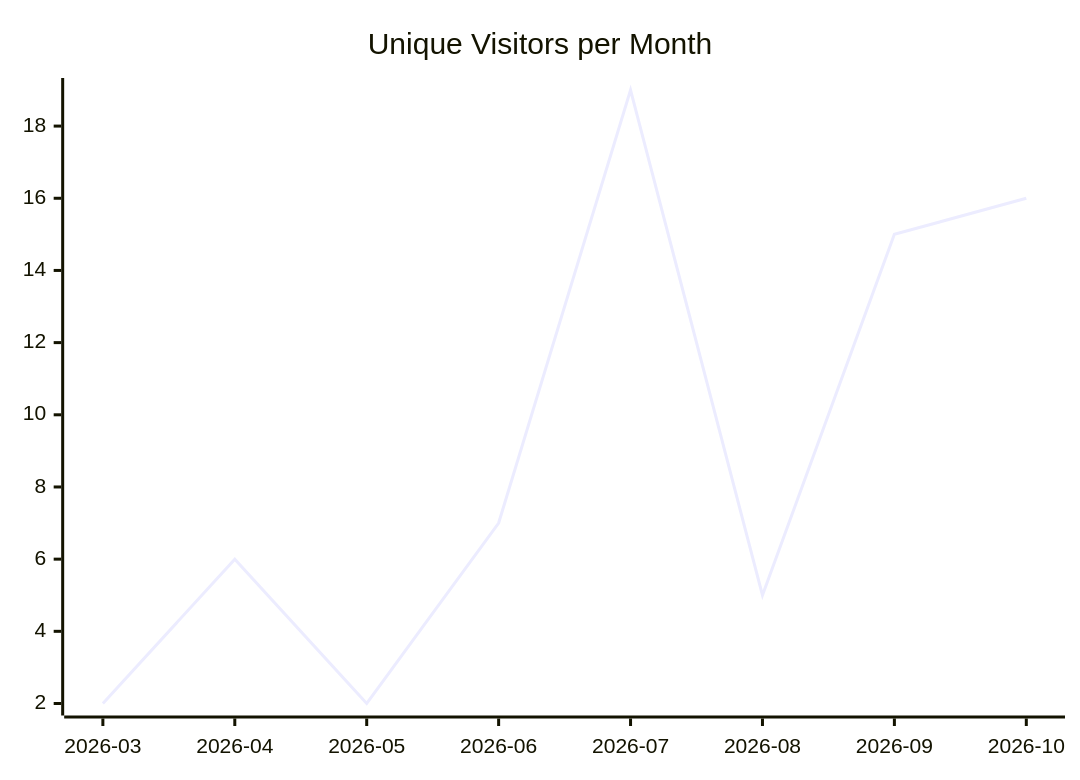
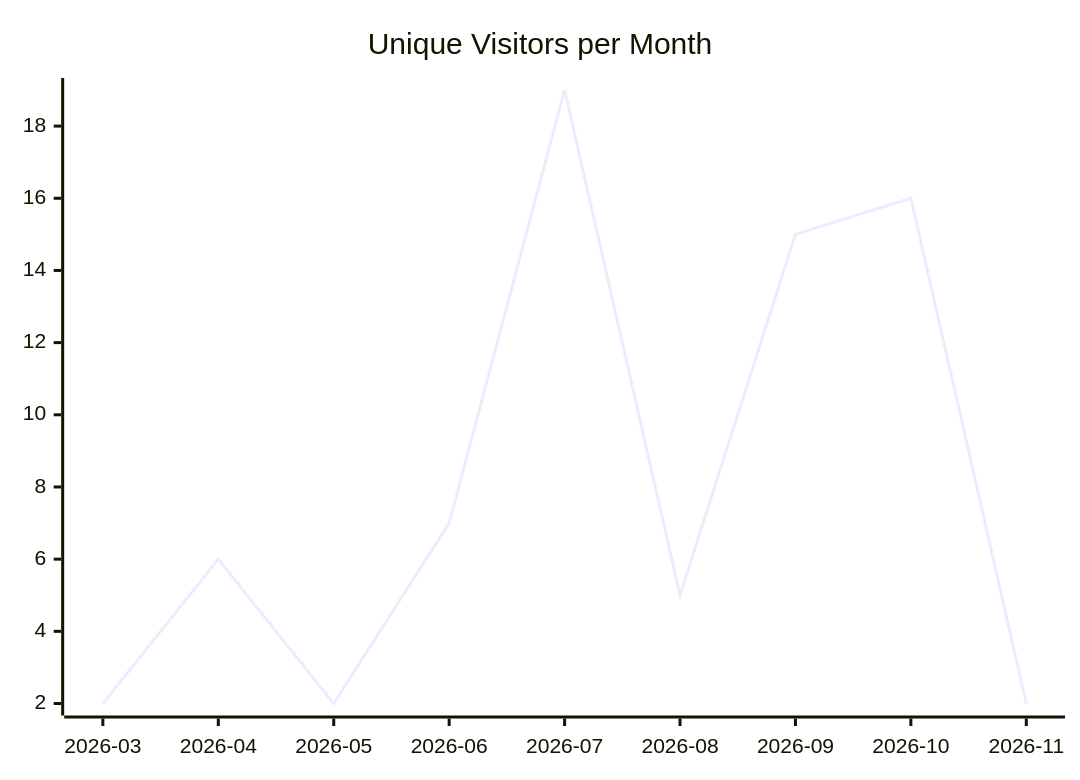
The first of 3 diagrams in karlmdavis/fhir-benchmarks/README.md (justdavis-family/github-analytics-data), drawn with Mermaid before and after one commit. The commit also changed other lines of this file and 201 other files, not shown here.

````diff
--- a/karlmdavis/fhir-benchmarks/README.md
+++ b/karlmdavis/fhir-benchmarks/README.md
@@ -5,6 +5,6 @@
 ```mermaid
 xychart-beta
   title "Unique Visitors per Month"
-  x-axis ["2026-03", "2026-04", "2026-05", "2026-06", "2026-07", "2026-08", "2026-09", "2026-10"]
-  line [2, 6, 2, 7, 19, 5, 15, 16]
+  x-axis ["2026-03", "2026-04", "2026-05", "2026-06", "2026-07", "2026-08", "2026-09", "2026-10", "2026-11"]
+  line [2, 6, 2, 7, 19, 5, 15, 16, 2]
 ```
````
